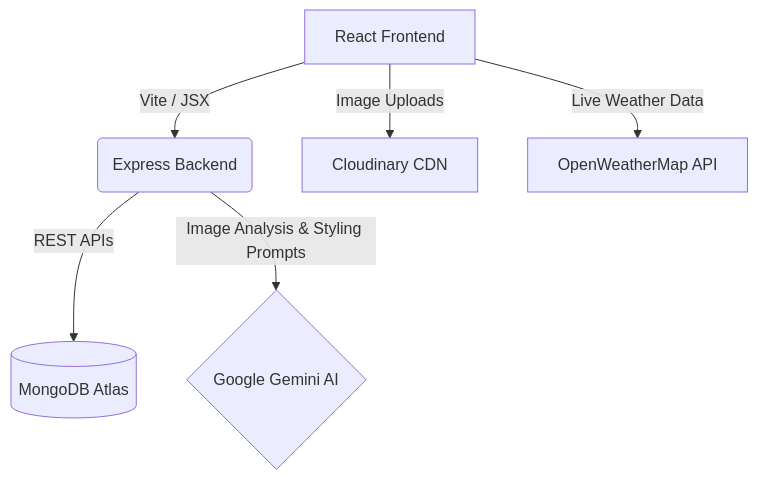
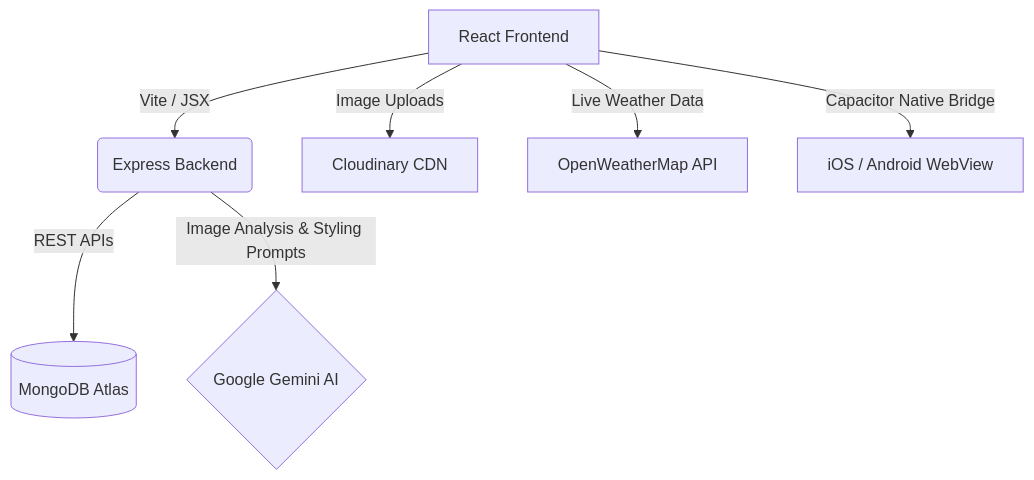
One commit to Mansiraj1309/ClosetMate changed the diagram in README.md. Above: the diagram before and after it, drawn with Mermaid. The commit also changed other lines of this file, not shown here.

Commit message:
docs: completely rewrite README.md to showcase Google OAuth2 deep linking and native Capacitor mobile support

````diff
--- a/README.md
+++ b/README.md
@@ -21,8 +25,9 @@
 ```mermaid
 graph TD
     A[React Frontend] -->|Vite / JSX| B(Express Backend)
     B -->|REST APIs| C[(MongoDB Atlas)]
     B -->|Image Analysis & Styling Prompts| D{Google Gemini AI}
     A -->|Image Uploads| E[Cloudinary CDN]
     A -->|Live Weather Data| F[OpenWeatherMap API]
+    A -->|Capacitor Native Bridge| G[iOS / Android WebView]
 ```
````
